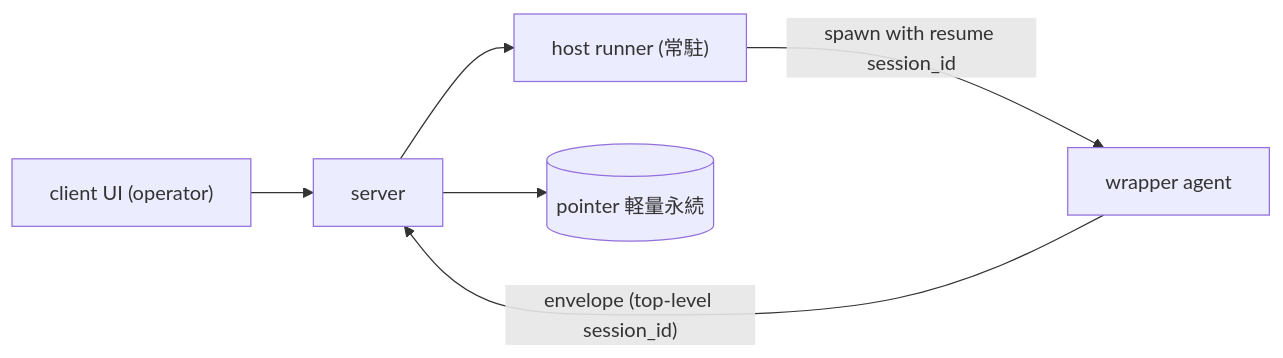
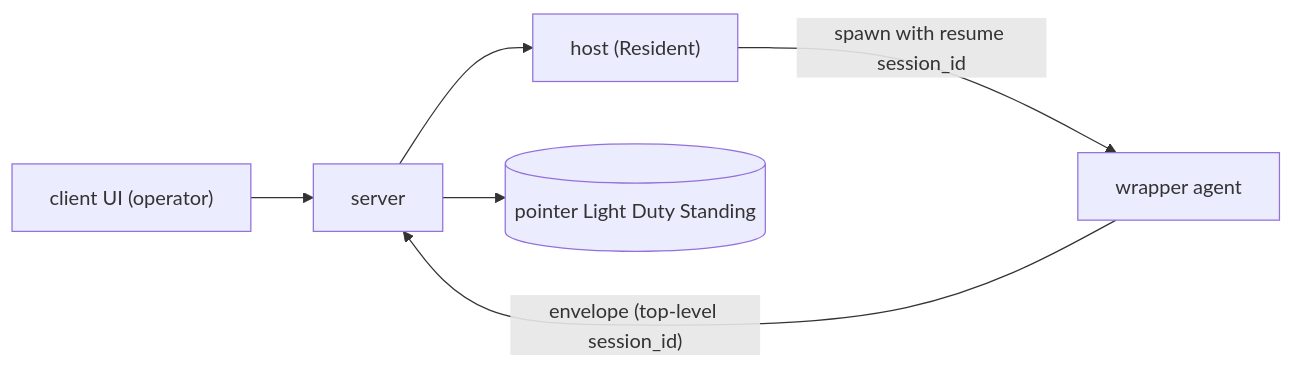
The diagram in docs/adr/0014-session-resume-and-restore.md (sakuraiyuta/kaoiro), drawn with Mermaid before and after one commit. The commit also changed other lines of this file and 6 other files, not shown here.

````diff
--- a/docs/adr/0014-session-resume-and-restore.md
+++ b/docs/adr/0014-session-resume-and-restore.md
@@ -59,8 +59,8 @@
 ```mermaid
 flowchart LR
   client["client UI (operator)"] --> server
-  server --> runner["host runner (常駐)"]
+  server --> runner["host   (Resident)"]
   runner -->|"spawn with resume session_id"| wrapper["wrapper agent"]
   wrapper -->|"envelope (top-level session_id)"| server
-  server --> store[("pointer 軽量永続")]
+  server --> store[("pointer Light Duty Standing")]
 ```
````
